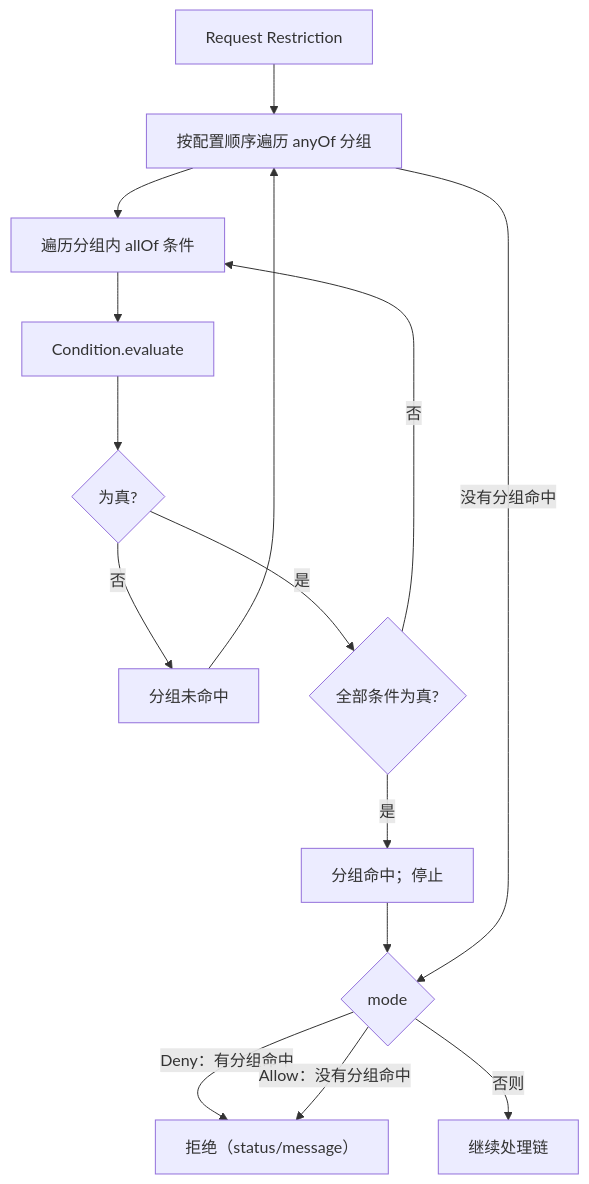
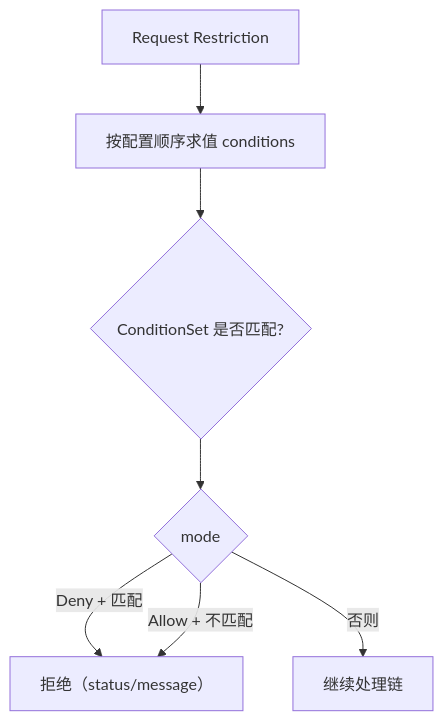
The diagram in docs/zh-CN/user-guide/http-route/filters/edgion-plugins/request-restriction.md (Pandaala/Edgion), drawn with Mermaid before and after one commit. The commit also changed other lines of this file and 102 other files, not shown here.

````diff
--- a/docs/zh-CN/user-guide/http-route/filters/edgion-plugins/request-restriction.md
+++ b/docs/zh-CN/user-guide/http-route/filters/edgion-plugins/request-restriction.md
@@ -129,17 +133,9 @@
 ```mermaid
 flowchart TD
-    A["Request Restriction"] --> B["按配置顺序遍历 anyOf 分组"]
-    B --> C["遍历分组内 allOf 条件"]
-    C --> D["Condition.evaluate"]
-    D --> E{"为真?"}
-    E -->|否| N["分组未命中"]
-    E -->|是| H{"全部条件为真?"}
-    H -->|是| M["分组命中；停止"]
-    H -->|否| C
-    N --> B
-    M --> J{"mode"}
-    B -->|没有分组命中| J
-    J -->|"Deny：有分组命中"| K["拒绝（status/message）"]
-    J -->|"Allow：没有分组命中"| K
+    A["Request Restriction"] --> B["按配置顺序求值 conditions"]
+    B --> C{"ConditionSet 是否匹配?"}
+    C --> J{"mode"}
+    J -->|"Deny + 匹配"| K["拒绝（status/message）"]
+    J -->|"Allow + 不匹配"| K
     J -->|否则| L["继续处理链"]
 ```
````
